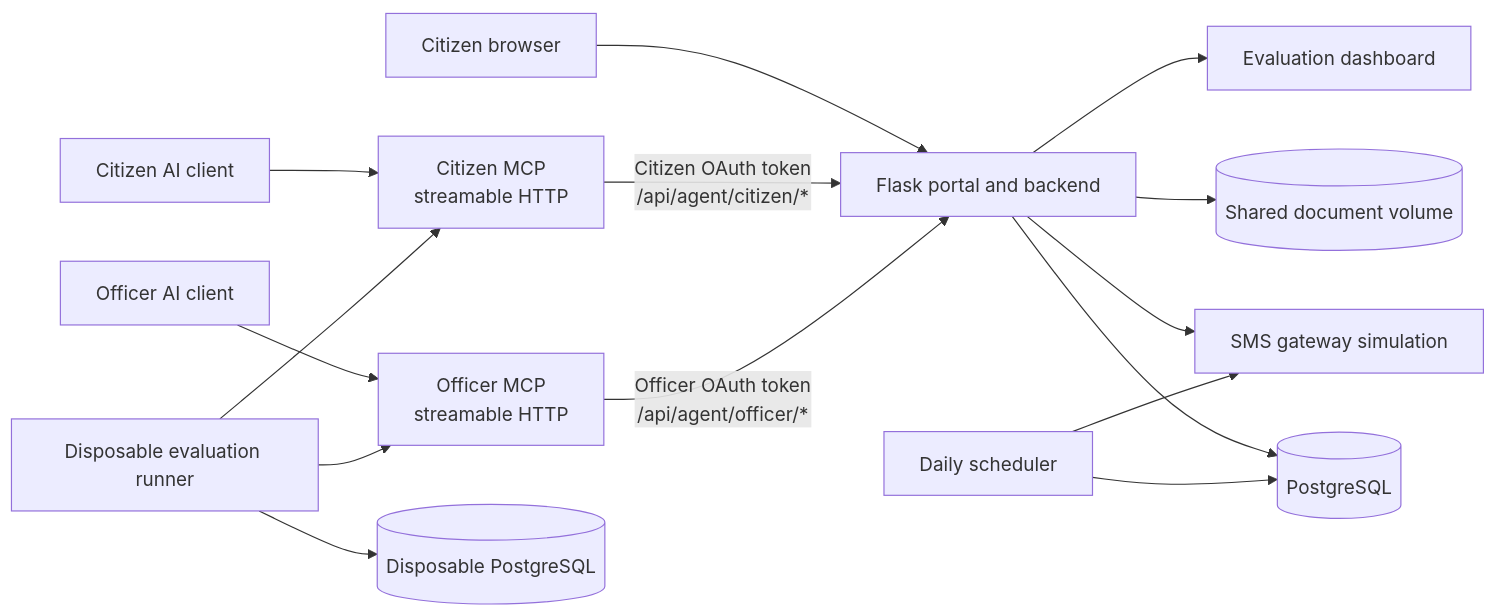
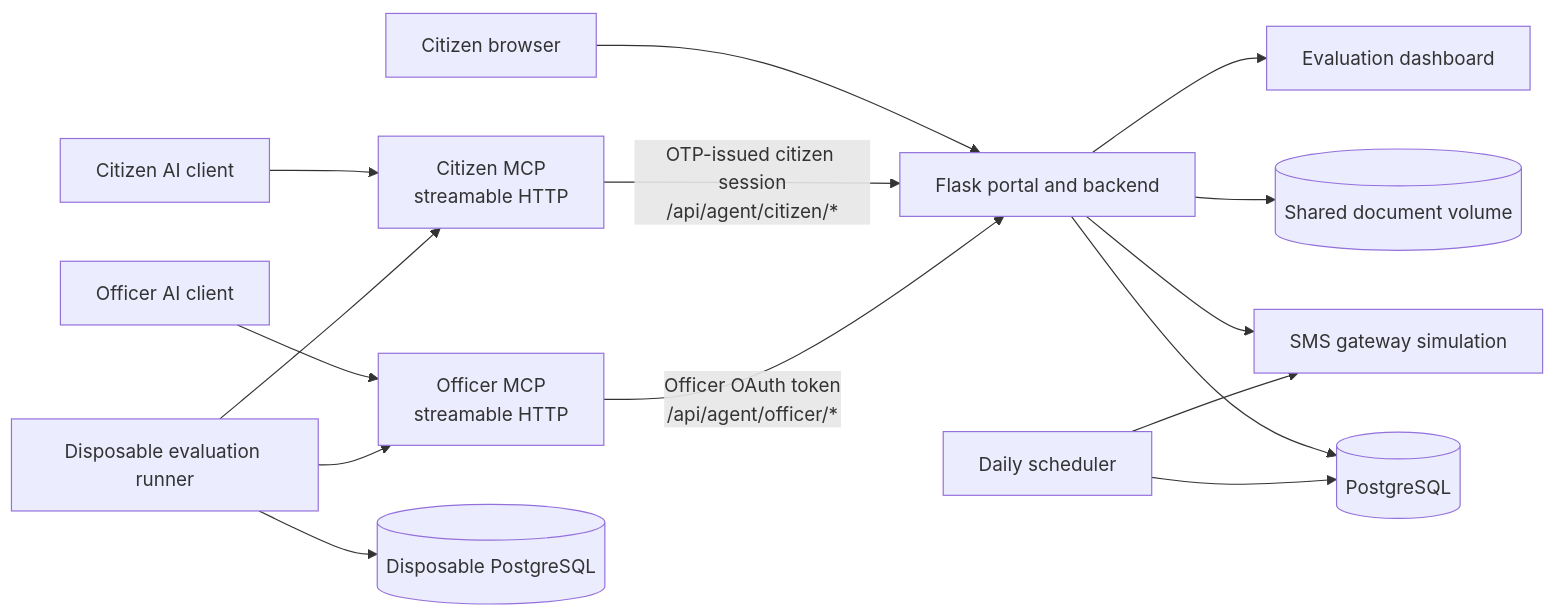
The diagram in README.md (sudipamondal072/SevaSetuPortal_AiAgent), drawn with Mermaid before and after one commit. The commit also changed other lines of this file and 15 other files, not shown here.

Commit message:
Add secure citizen MCP OTP authentication and gateway updates

````diff
--- a/README.md
+++ b/README.md
@@ -53,17 +53,17 @@
 ```mermaid
 flowchart LR
     Citizen[Citizen browser] --> Portal[Flask portal and backend]
     CitizenAI[Citizen AI client] --> CitizenMCP[Citizen MCP<br/>streamable HTTP]
     OfficerAI[Officer AI client] --> OfficerMCP[Officer MCP<br/>streamable HTTP]
-    CitizenMCP -->|Citizen OAuth token<br/>/api/agent/citizen/*| Portal
+    CitizenMCP -->|OTP-issued citizen session<br/>/api/agent/citizen/*| Portal
     OfficerMCP -->|Officer OAuth token<br/>/api/agent/officer/*| Portal
     Portal --> DB[(PostgreSQL)]
     Portal --> Uploads[(Shared document volume)]
     Portal --> SMS[SMS gateway simulation]
     Scheduler[Daily scheduler] --> DB
     Scheduler --> SMS
     EvalRunner[Disposable evaluation runner] --> CitizenMCP
     EvalRunner --> OfficerMCP
     EvalRunner --> EvalDB[(Disposable PostgreSQL)]
     Portal --> Dashboard[Evaluation dashboard]
 ```
````
